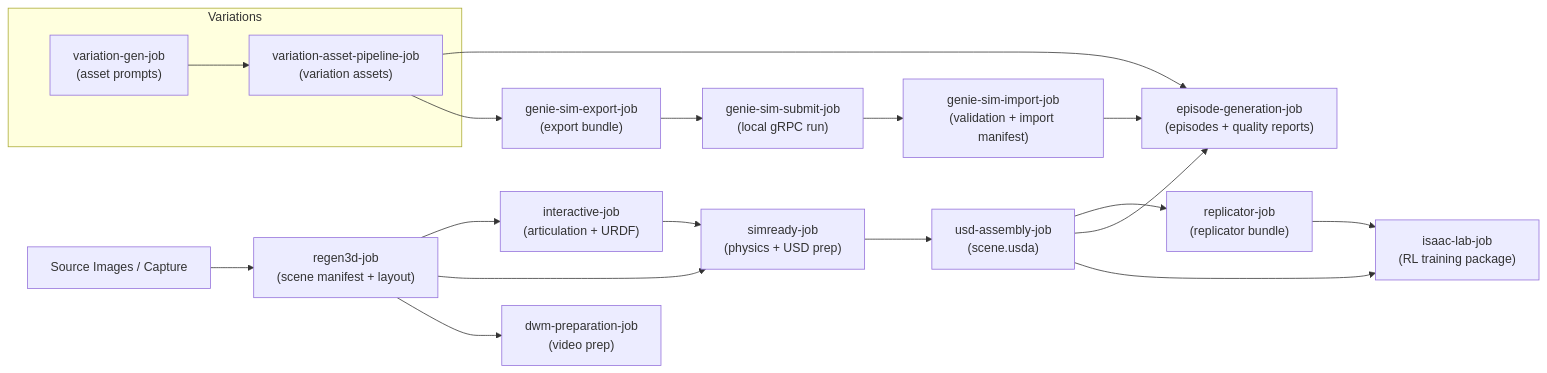
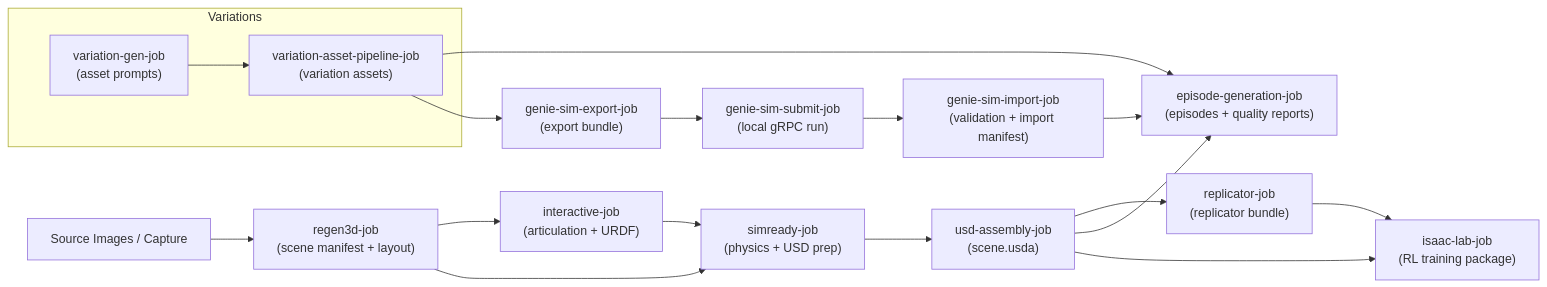
One commit to ognjhunt/BlueprintPipeline changed the diagram in docs/architecture/pipeline-overview.md. Above: the diagram before and after it, drawn with Mermaid. The commit also changed other lines of this file and 11 other files, not shown here.

````diff
--- a/docs/architecture/pipeline-overview.md
+++ b/docs/architecture/pipeline-overview.md
@@ -8,38 +8,37 @@
 ```mermaid
 flowchart LR
     %% External inputs
     source["Source Images / Capture"] --> regen3d["regen3d-job\n(scene manifest + layout)"]
 
     %% Core asset preparation
     regen3d --> interactive["interactive-job\n(articulation + URDF)"]
     regen3d --> simready["simready-job\n(physics + USD prep)"]
     interactive --> simready
 
     %% Scene assembly
     simready --> usdassembly["usd-assembly-job\n(scene.usda)"]
     usdassembly --> replicator["replicator-job\n(replicator bundle)"]
 
     %% Variation assets pipeline
     subgraph Variations
         variationgen["variation-gen-job\n(asset prompts)"]
         variationassets["variation-asset-pipeline-job\n(variation assets)"]
         variationgen --> variationassets
     end
 
     %% Episode generation and downstream consumers
     usdassembly --> episodegen["episode-generation-job\n(episodes + quality reports)"]
     variationassets --> episodegen
 
     %% Genie Sim integration
     variationassets --> geniesimexport["genie-sim-export-job\n(export bundle)"]
     geniesimexport --> geniesimsubmit["genie-sim-submit-job\n(local gRPC run)"]
     geniesimsubmit --> geniesimimport["genie-sim-import-job\n(validation + import manifest)"]
 
     %% Training and validation
     replicator --> isaaclab["isaac-lab-job\n(RL training package)"]
     usdassembly --> isaaclab
-    regen3d --> dwmprep["dwm-preparation-job\n(video prep)"]
 
     %% Optional import results
     geniesimimport --> episodegen
 ```
````
